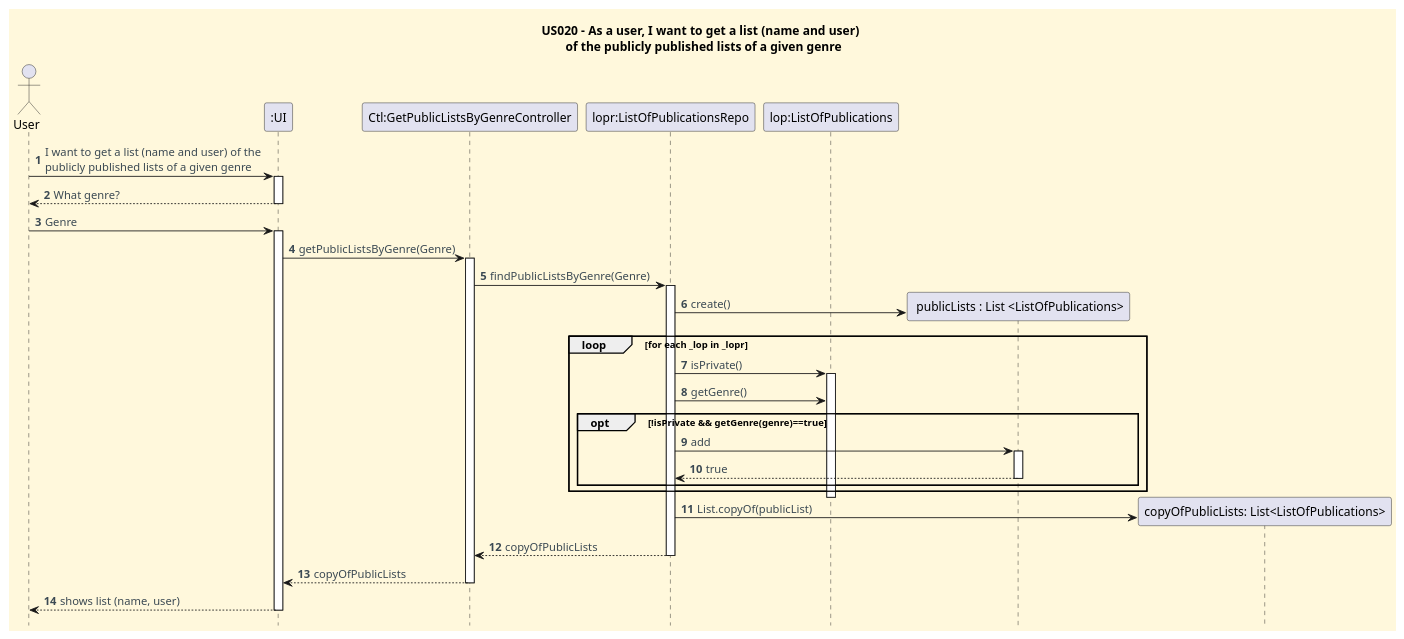
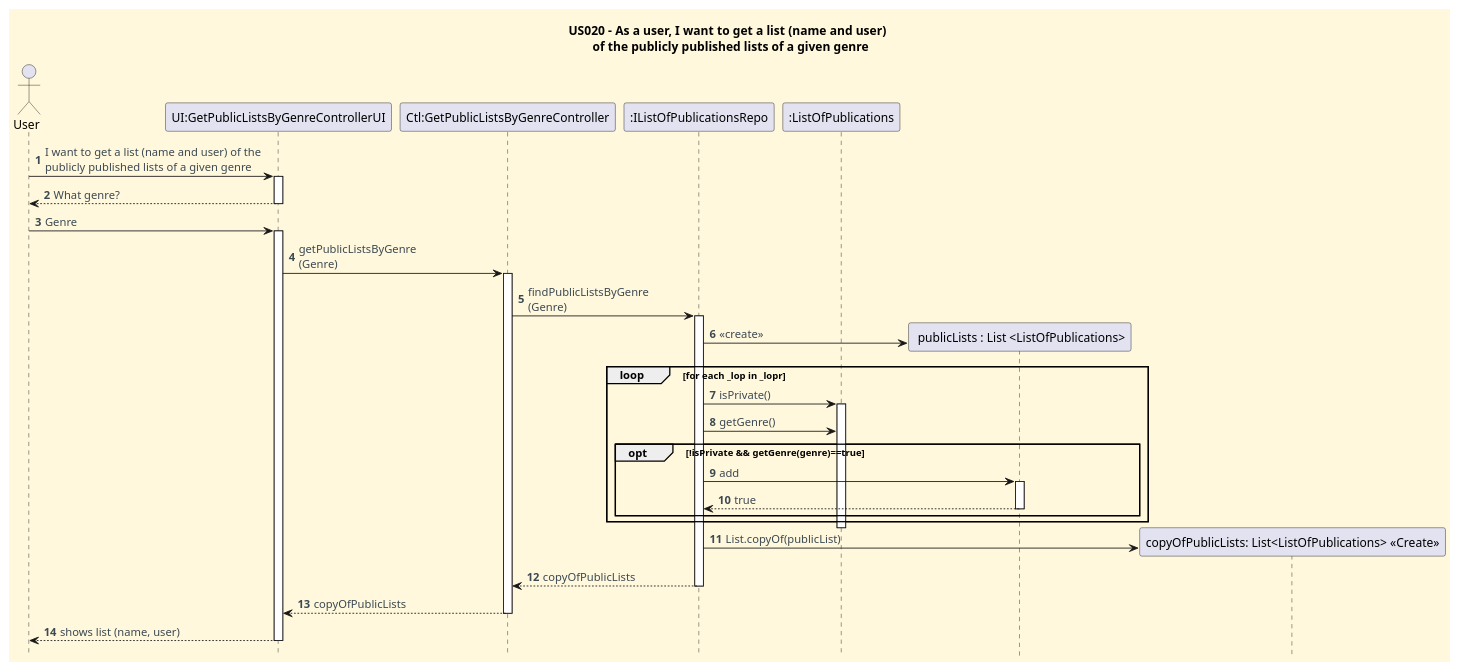
Before and after one commit to CarolinaLeite-collab/JavaMarketplacePlatform: the diagram in docs/userStories/US020/US020_get_a_list_given_genres_SD.puml, drawn with PlantUML. The commit also changed 5 other files, not shown here.

Commit message:
docs(diagrams): #369: update SDs/CDs for US017, US019, US020 to use IListOfPublicationsRepo.

```diff
--- a/docs/userStories/US020/US020_get_a_list_given_genres_SD.puml
+++ b/docs/userStories/US020/US020_get_a_list_given_genres_SD.puml
@@ -1,73 +1,73 @@
 @startuml
 title US020 - As a user, I want to get a list (name and user) \n of the publicly published lists of a given genre
 hidefootbox
 
 '==== basic style ====
 skinparam monochrome false
 skinparam shadowing false
 skinparam defaultFontName Futura
 skinparam objectFontSize 20
 skinparam backgroundColor CornSilk
 skinparam objectBackgroundColor WhiteSmoke
 skinparam noteBackgroundColor #FFFFE0
 skinparam ArrowFontColor #3B4953
 skinparam ActivationBackgroundColor black
 
 autonumber
 autoactivate off
 
 
 actor User as U
-participant ":UI" as UI
+participant "UI:GetPublicListsByGenreControllerUI" as UI
 participant "Ctl:GetPublicListsByGenreController" as C
-participant "lopr:ListOfPublicationsRepo" as R
-participant "lop:ListOfPublications" as lop
+participant ":IListOfPublicationsRepo" as R
+participant ":ListOfPublications" as lop
 
 
 U -> UI: I want to get a list (name and user) of the \npublicly published lists of a given genre
 activate UI
 UI --> U: What genre?
 deactivate UI
 
 U -> UI: Genre
 activate UI
 
-UI -> C: getPublicListsByGenre(Genre)
+UI -> C: getPublicListsByGenre\n(Genre)
 activate C
 
-C -> R: findPublicListsByGenre(Genre)
+C -> R: findPublicListsByGenre\n(Genre)
 activate R
 
 create " publicLists : List <ListOfPublications>" as List
-R -> List: create()
+R -> List: <<create>>
 
 
 loop for each _lop in _lopr
     R -> lop: isPrivate()
     activate lop
     R -> lop: getGenre()
     opt !isPrivate && getGenre(genre)==true
 
         R -> List : add
         activate List
         List --> R : true
         deactivate List
 
     end
 end
 deactivate lop
 
 
 
-create "copyOfPublicLists: List<ListOfPublications>" as Copy
+create "copyOfPublicLists: List<ListOfPublications> <<Create>>" as Copy
 R -> Copy: List.copyOf(publicList)
 R --> C: copyOfPublicLists
 deactivate R
 
 C --> UI: copyOfPublicLists
 deactivate C
 
 UI --> U: shows list (name, user)
 deactivate UI
 
 @enduml
```
